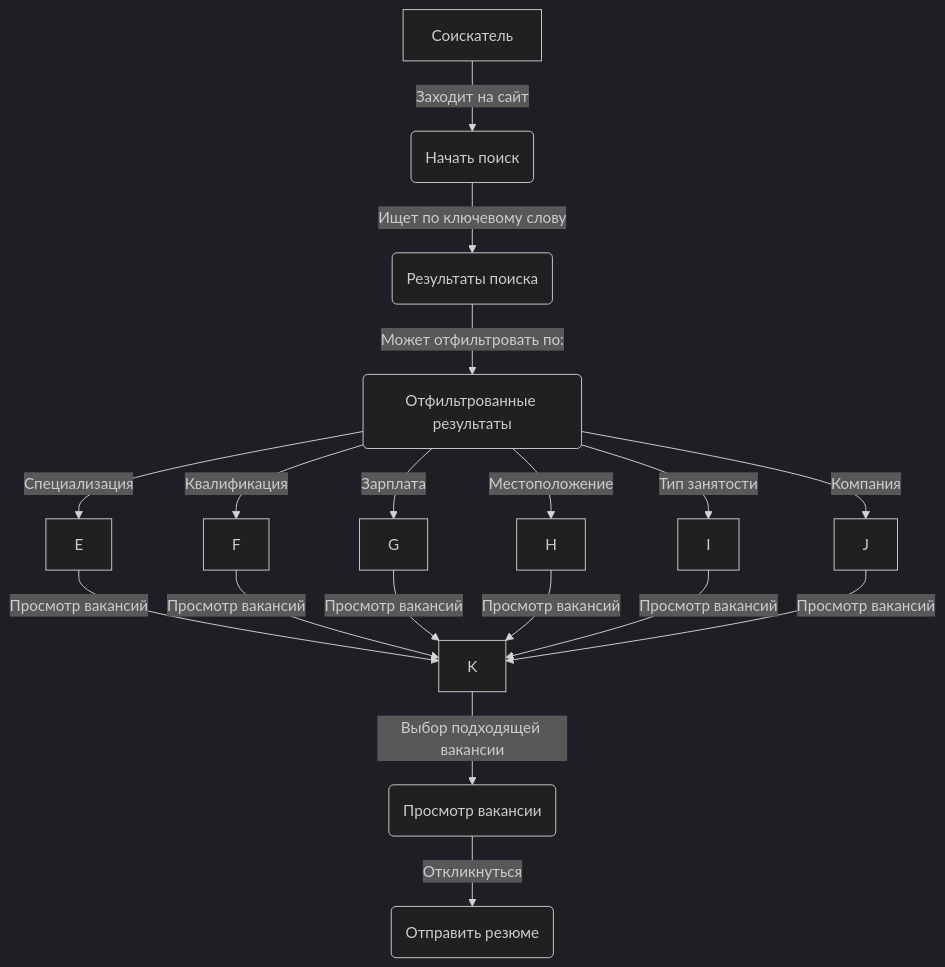
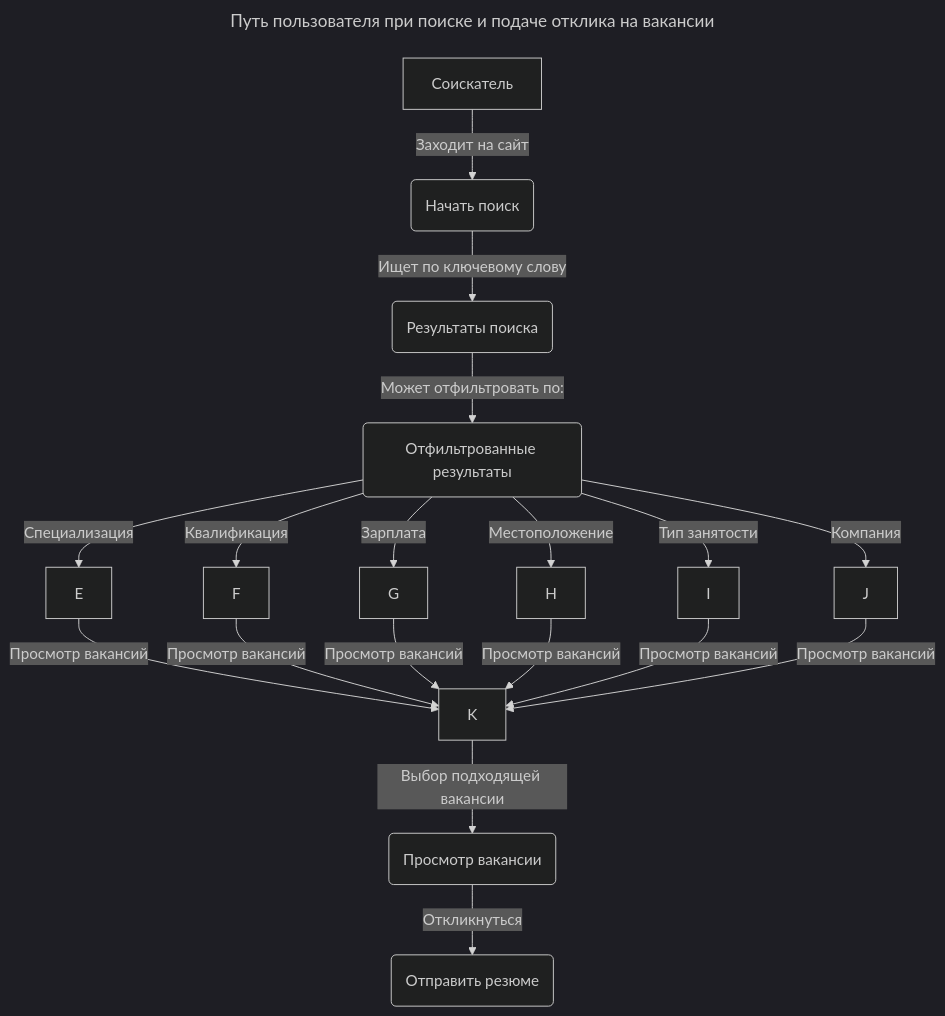
The diagram in README.md (EphimSh/careerhabr_tests), drawn with Mermaid (dark theme) before and after one commit.

````diff
--- a/README.md
+++ b/README.md
@@ -41,20 +41,23 @@
 ```mermaid
+---
+title: "Путь пользователя при поиске и подаче отклика на вакансии"
+---
 graph TD
     A[Соискатель] -->|Заходит на сайт| B(Начать поиск)
     B -->|Ищет по ключевому слову| C(Результаты поиска)
     C -->|Может отфильтровать по:| D(Отфильтрованные результаты)
     D -->|Специализация| E
     D -->|Квалификация| F
     D -->|Зарплата| G
     D -->|Местоположение| H
     D -->|Тип занятости| I
     D -->|Компания| J
     E -->|Просмотр вакансий| K
     F -->|Просмотр вакансий| K
     G -->|Просмотр вакансий| K
     H -->|Просмотр вакансий| K
     I -->|Просмотр вакансий| K
     J -->|Просмотр вакансий| K
     K -->|Выбор подходящей вакансии| L(Просмотр вакансии)
     L -->|Откликнуться| M(Отправить резюме)
 ```
````
